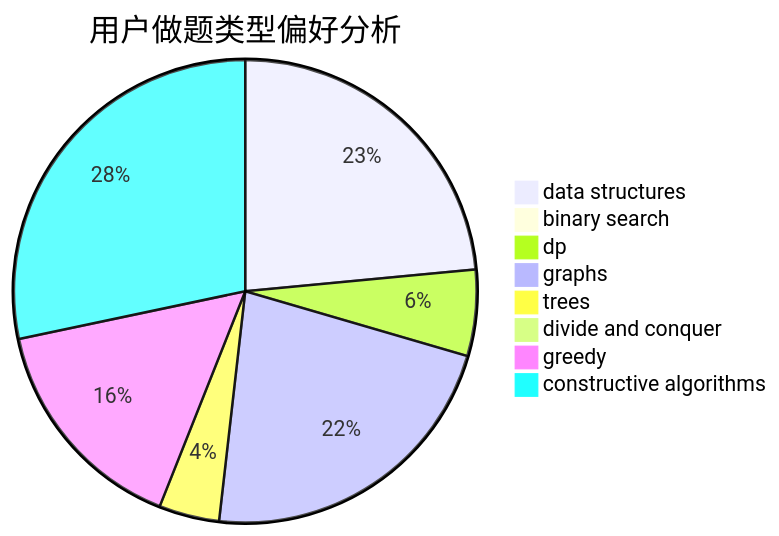
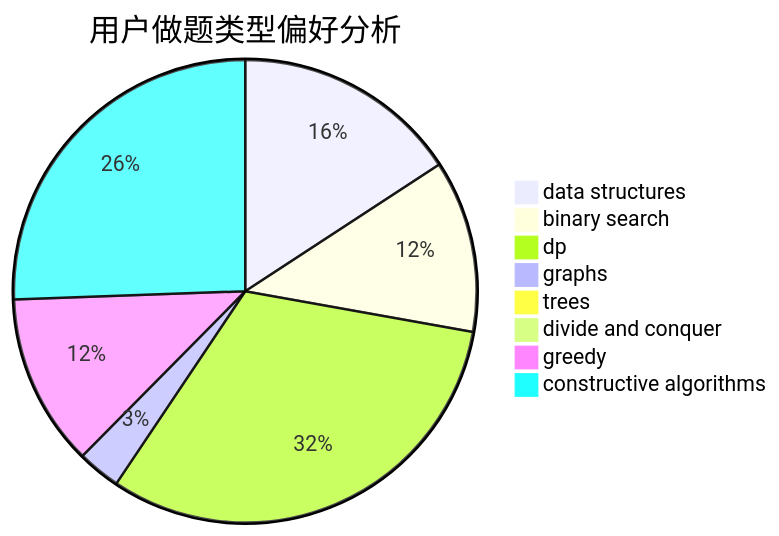
The second of 3 diagrams in docs/user/u2254.md (sherpahu/cfrs.github.io), drawn with Mermaid before and after one commit. The commit also changed other lines of this file and 2770 other files, not shown here.

````diff
--- a/docs/user/u2254.md
+++ b/docs/user/u2254.md
@@ -23,11 +23,11 @@
 ```mermaid
 pie title 用户做题类型偏好分析
-    "data structures" :  39
-    "binary search" :  0
-    "dp" :  10
-    "graphs" :  37
-    "trees" :  7
+    "data structures" :  21
+    "binary search" :  16
+    "dp" :  42
+    "graphs" :  4
+    "trees" :  0
     "divide and conquer" :  0
-    "greedy" :  26
-    "constructive algorithms" :  47
+    "greedy" :  16
+    "constructive algorithms" :  34
 ```
````
